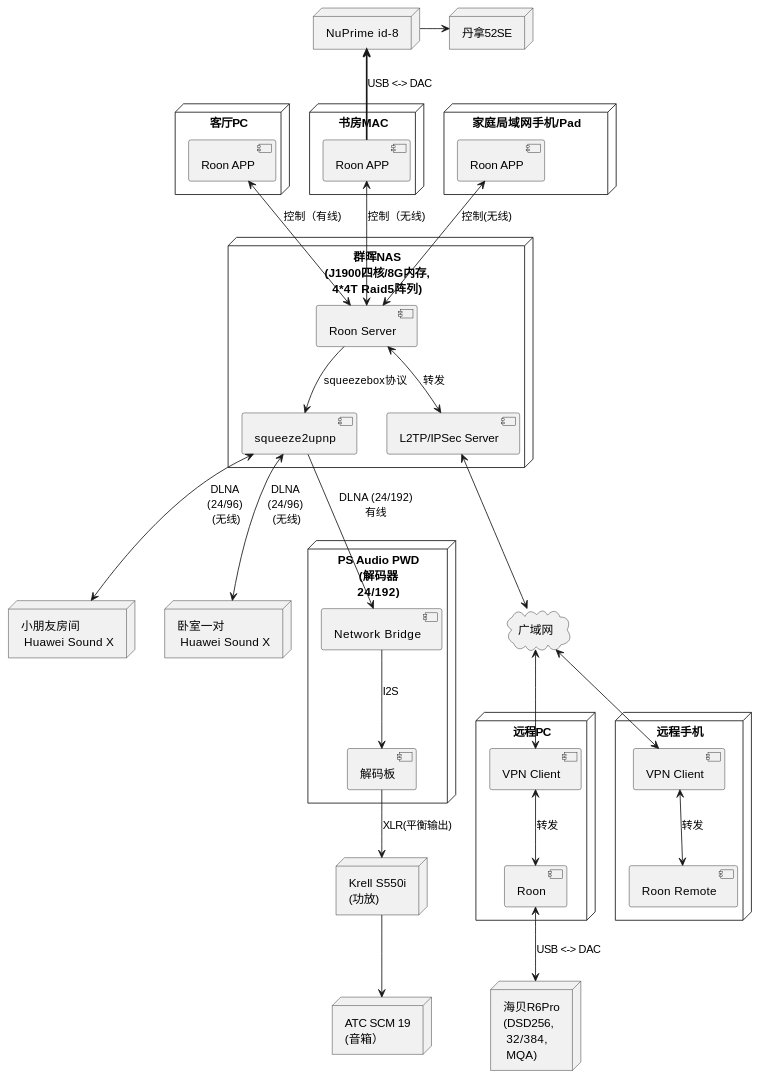
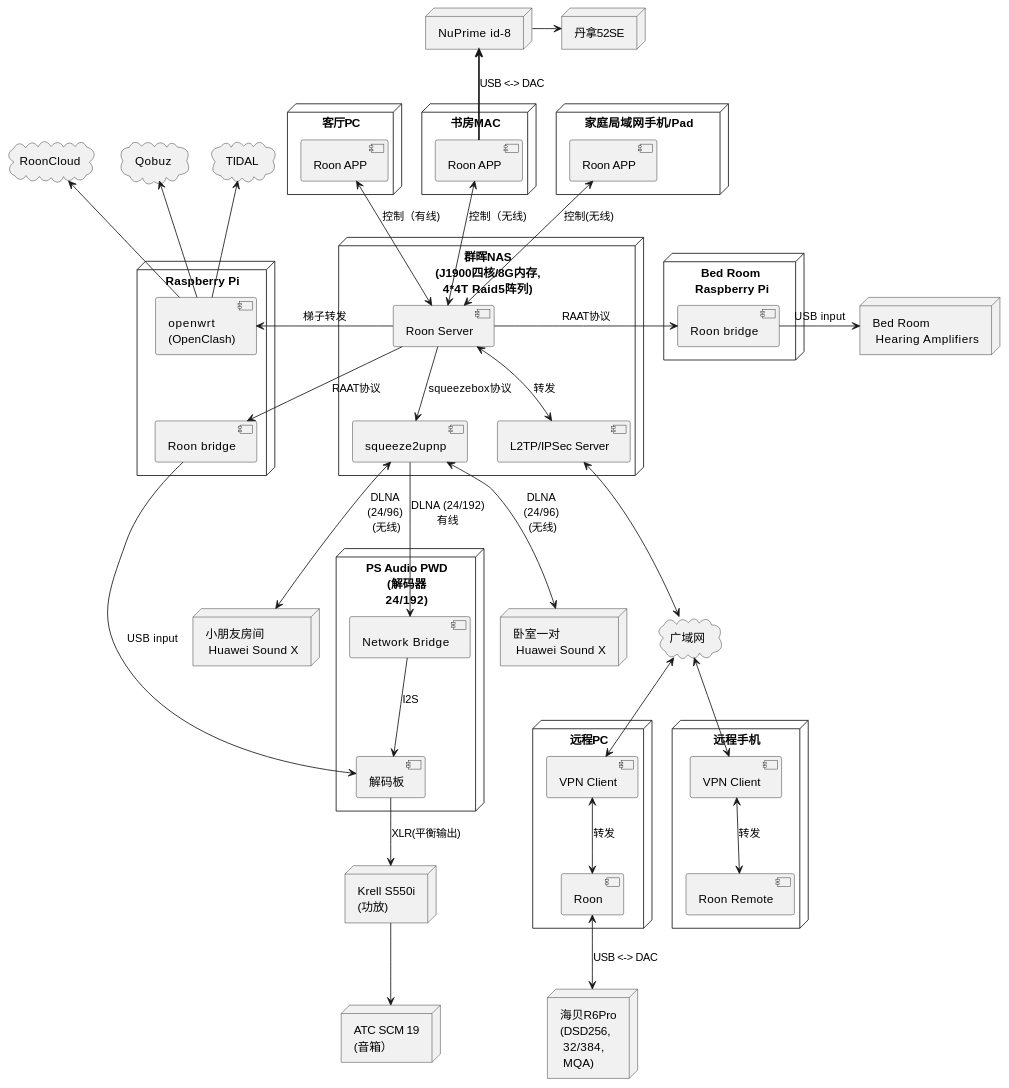
Before and after one commit to hjianhao/docs: the second of 5 diagrams in digital/Roon/experience.md, drawn with PlantUML. The commit also changed other lines of this file, not shown here.

```diff
--- a/digital/Roon/experience.md
+++ b/digital/Roon/experience.md
@@ -133,6 +134,32 @@
     component "L2TP/IPSec Server" as svpn
     roon <--> svpn : 转发
 }
+
+node "Raspberry Pi" as pi {
+    component "openwrt\n(OpenClash)" as openwrt
+    roon -> openwrt : 梯子转发
+    component "Roon bridge" as rb
+    openwrt -[hidden]-> rb
+    roon -> rb : RAAT协议
+    rb -> bdac : USB input
+}
+
+cloud TIDAL
+cloud Qobuz
+cloud RoonCloud
+
+openwrt -u-> TIDAL
+openwrt -u-> Qobuz
+openwrt -u-> RoonCloud
+
+node "Bed Room \n Hearing Amplifiers" as amp1
+
+node "Bed Room\n Raspberry Pi" as pi1 {
+    component "Roon bridge" as rb1
+    roon -> rb1 : RAAT协议
+    rb1 -> amp1 : USB input
+}
+
 
 node "客厅PC" as pc {
     component "Roon APP" as roon3
```
